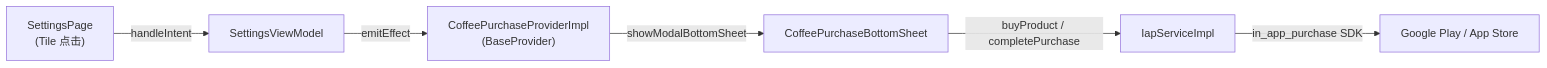
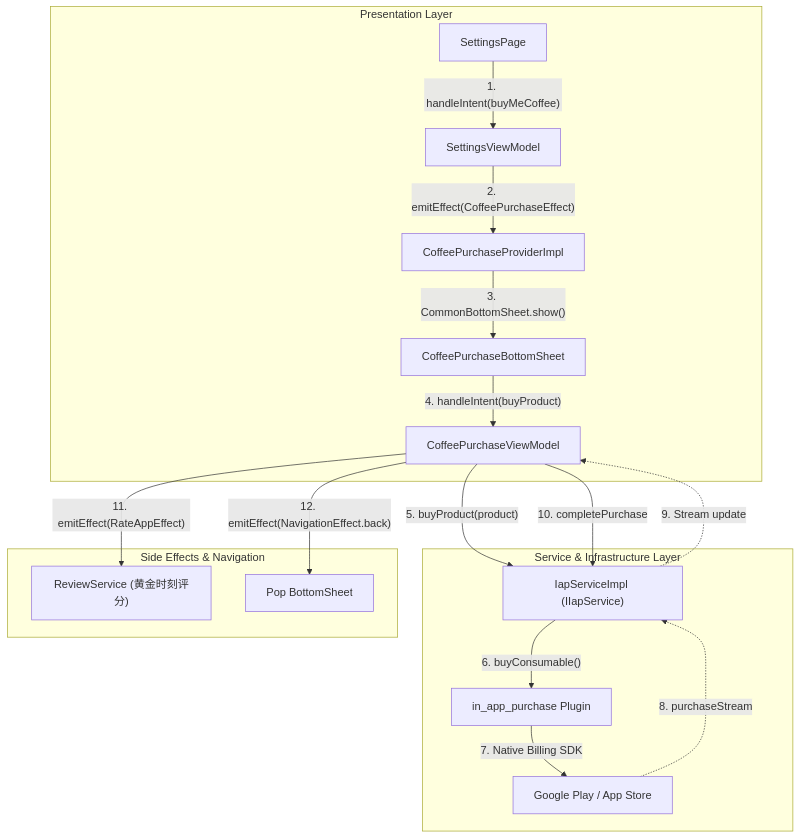
Before and after one commit to listen2code/ListenPortfolioFlutter: the first of 3 diagrams in docs/iap_implementation_design.md, drawn with Mermaid. The commit also changed other lines of this file and 125 other files, not shown here.

First line of the commit message:
docs & chore: calibrate architecture documentation and add detailed English code comments

````diff
--- a/docs/iap_implementation_design.md
+++ b/docs/iap_implementation_design.md
@@ -25,8 +41,23 @@
 ```mermaid
-graph LR
-  A["SettingsPage<br/>(Tile 点击)"] -->|"handleIntent"| B["SettingsViewModel"]
-  B -->|"emitEffect"| C["CoffeePurchaseProviderImpl<br/>(BaseProvider)"]
-  C -->|"showModalBottomSheet"| D["CoffeePurchaseBottomSheet"]
-  D -->|"buyProduct / completePurchase"| E["IapServiceImpl"]
-  E -->|"in_app_purchase SDK"| F["Google Play / App Store"]
+graph TD
+  subgraph Presentation Layer
+    SP["SettingsPage"] -->|"1. handleIntent(buyMeCoffee)"| SVM["SettingsViewModel"]
+    SVM -->|"2. emitEffect(CoffeePurchaseEffect)"| CP["CoffeePurchaseProviderImpl"]
+    CP -->|"3. CommonBottomSheet.show()"| BS["CoffeePurchaseBottomSheet"]
+    BS -->|"4. handleIntent(buyProduct)"| CPVM["CoffeePurchaseViewModel"]
+  end
+
+  subgraph Service & Infrastructure Layer
+    CPVM -->|"5. buyProduct(product)"| IAP["IapServiceImpl (IIapService)"]
+    IAP -->|"6. buyConsumable()"| SDK["in_app_purchase Plugin"]
+    SDK -->|"7. Native Billing SDK"| STORE["Google Play / App Store"]
+    STORE -.->|"8. purchaseStream"| IAP
+    IAP -.->|"9. Stream update"| CPVM
+  end
+
+  subgraph Side Effects & Navigation
+    CPVM -->|"10. completePurchase"| IAP
+    CPVM -->|"11. emitEffect(RateAppEffect)"| REV["ReviewService (黄金时刻评分)"]
+    CPVM -->|"12. emitEffect(NavigationEffect.back)"| NAV["Pop BottomSheet"]
+  end
 ```
````
